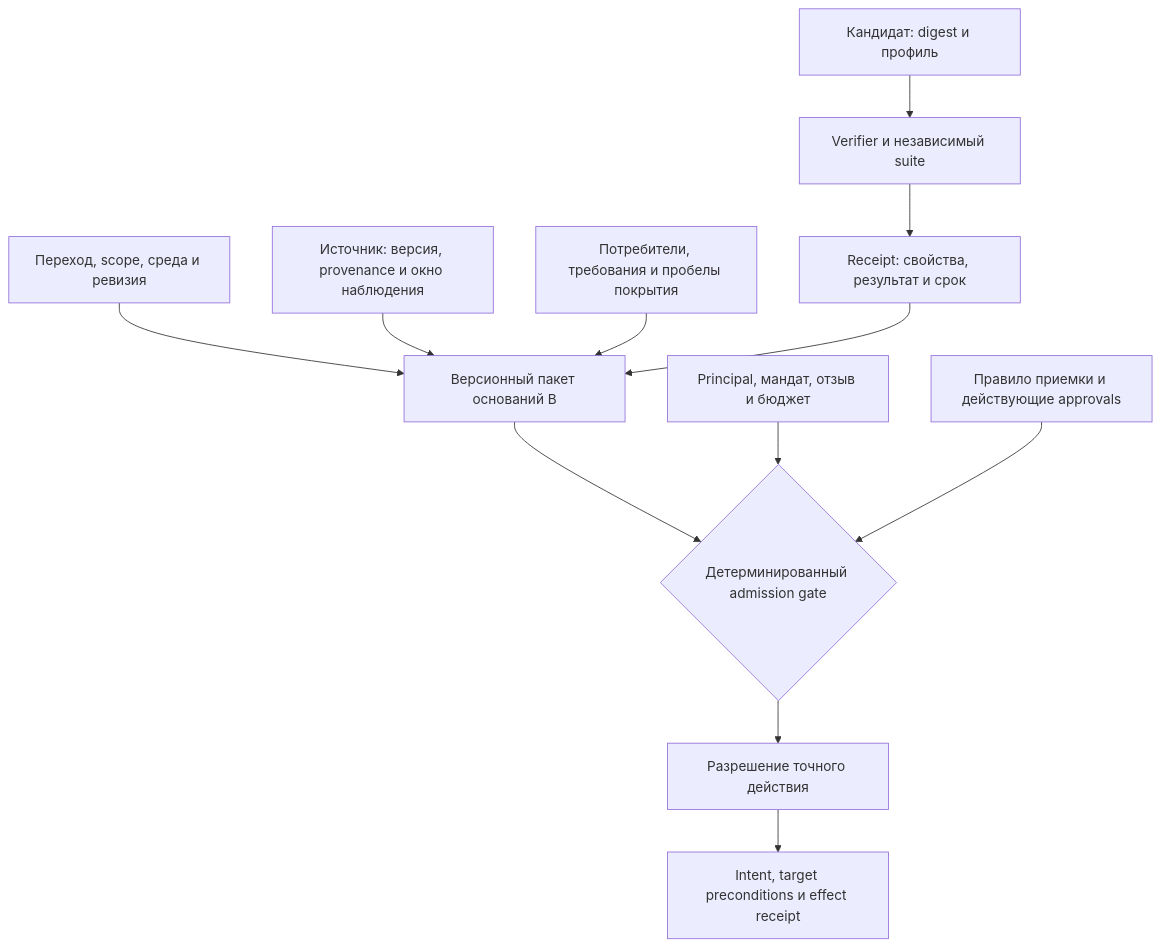
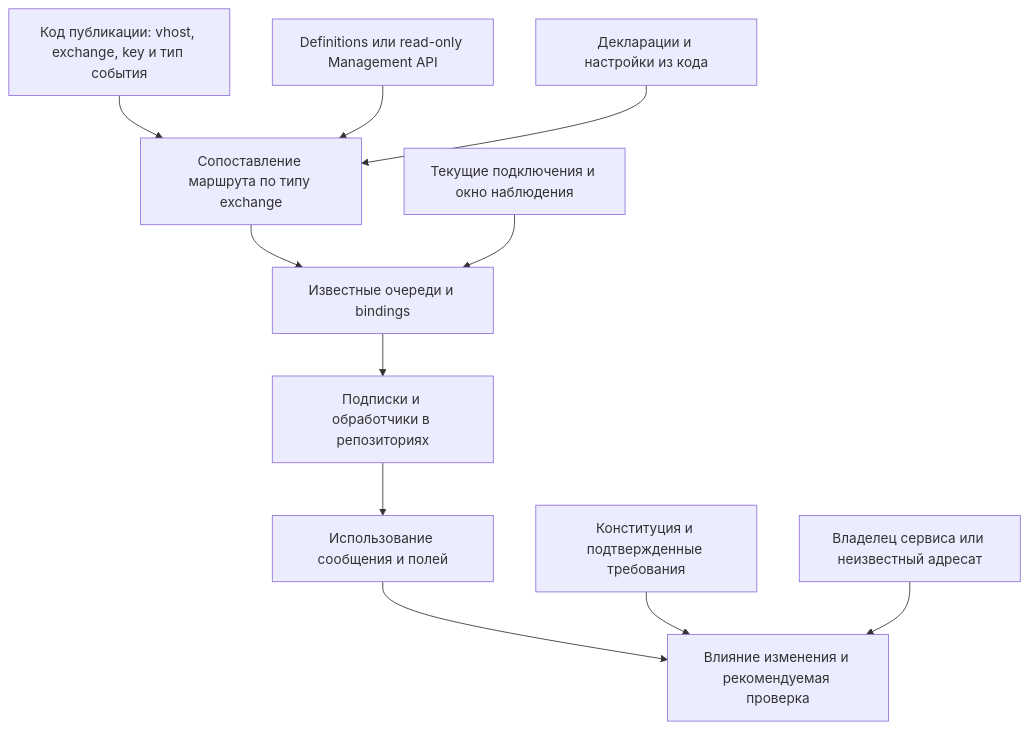
One commit to rengalaxies/agent changed the sixth of 9 diagrams in docs/product-architecture-2026-10-20.md. Above: the diagram before and after it, drawn with Mermaid. The commit also changed other lines of this file and 23 other files, not shown here.

Commit message:
docs: revise advisory architecture and pre-task constitution with nine validated diagrams

````diff
--- a/docs/product-architecture-2026-10-20.md
+++ b/docs/product-architecture-2026-10-20.md
@@ -164,14 +244,13 @@
 ```mermaid
 flowchart TD
-  T["Переход, scope, среда и ревизия"] --> B["Версионный пакет оснований B"]
-  S["Источник: версия, provenance и окно наблюдения"] --> B
-  C["Потребители, требования и пробелы покрытия"] --> B
-  A["Кандидат: digest и профиль"] --> V["Verifier и независимый suite"]
-  V --> E["Receipt: свойства, результат и срок"]
-  E --> B
-  B --> G{"Детерминированный admission gate"}
-  I["Principal, мандат, отзыв и бюджет"] --> G
-  H["Правило приемки и действующие approvals"] --> G
-  G --> X["Разрешение точного действия"]
-  X --> O["Intent, target preconditions и effect receipt"]
+  P["Код публикации: vhost, exchange, key и тип события"] --> M["Сопоставление маршрута по типу exchange"]
+  T["Definitions или read-only Management API"] --> M
+  C["Декларации и настройки из кода"] --> M
+  M --> Q["Известные очереди и bindings"]
+  Q --> H["Подписки и обработчики в репозиториях"]
+  H --> U["Использование сообщения и полей"]
+  U --> I["Влияние изменения и рекомендуемая проверка"]
+  R["Конституция и подтвержденные требования"] --> I
+  O["Владелец сервиса или неизвестный адресат"] --> I
+  N["Текущие подключения и окно наблюдения"] --> Q
 ```
````
